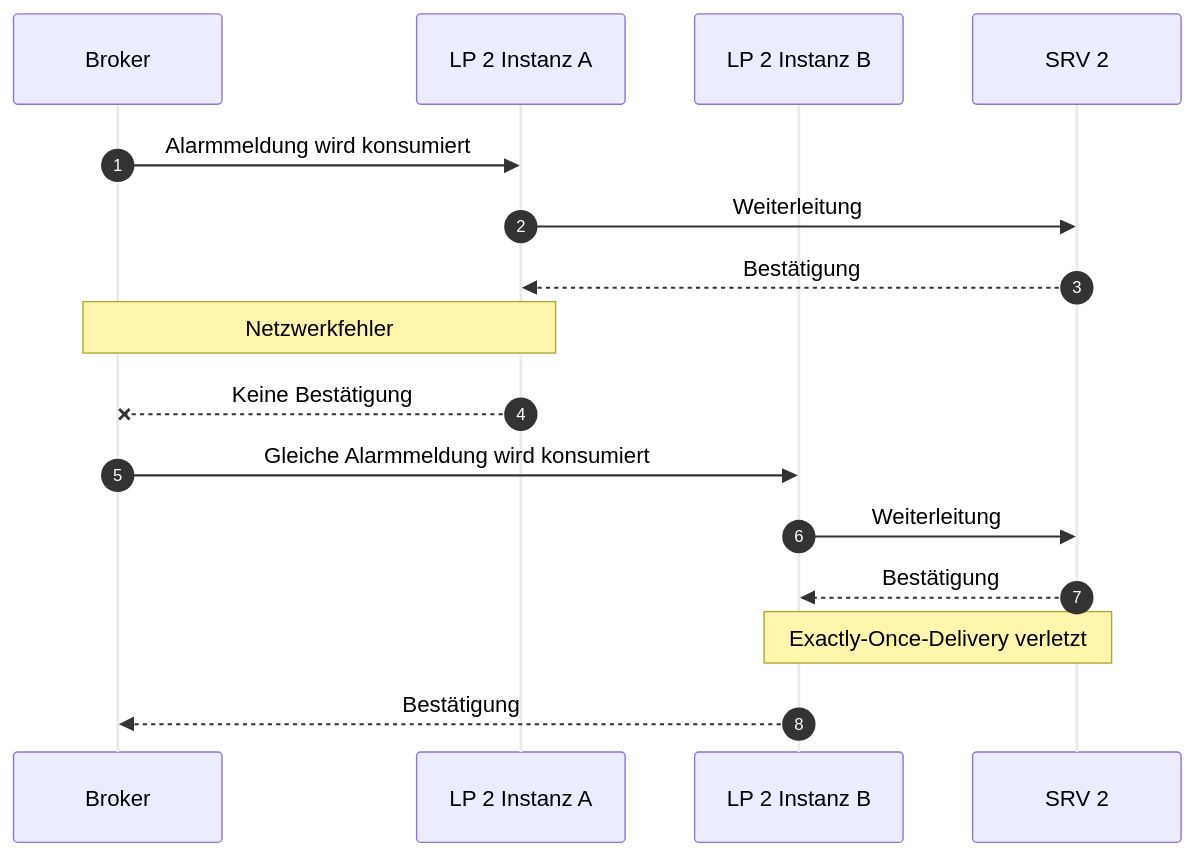
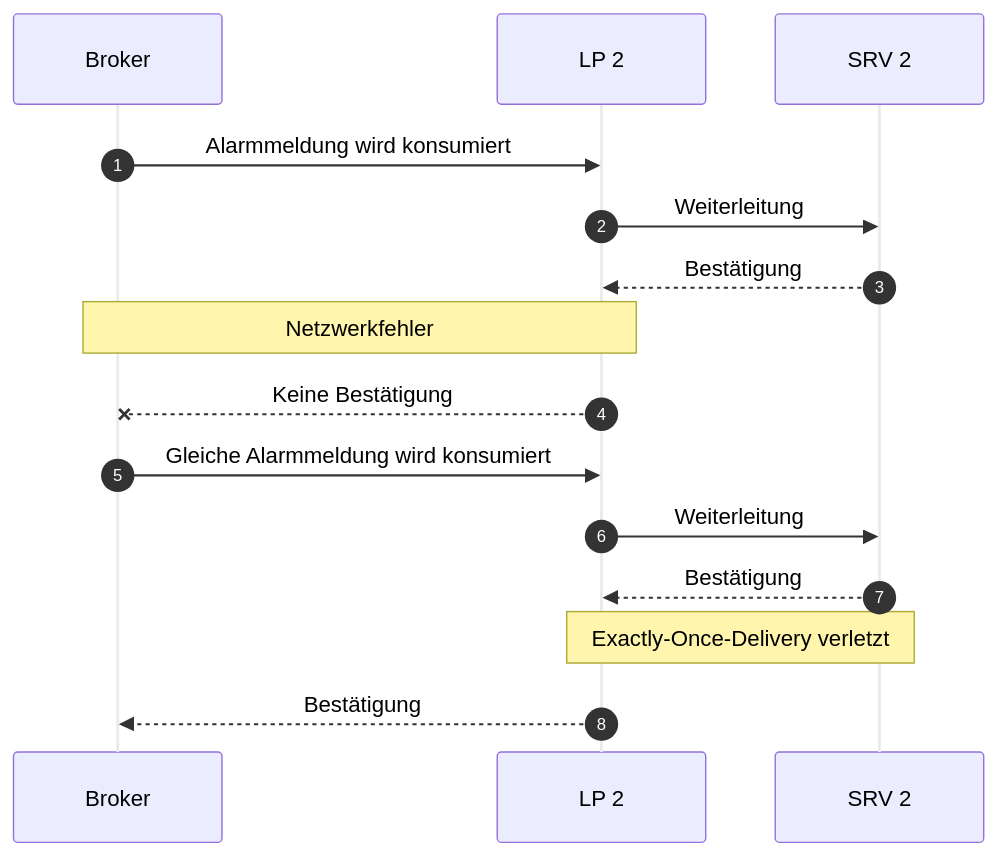
The diagram in mermaid/lps_exactly_once_delivery_violation_sequence.mmd (JadKHaddad/MT), drawn with Mermaid before and after one commit. The commit also changed 17 other files, not shown here.

Commit message:
update mermaid

```diff
--- a/mermaid/lps_exactly_once_delivery_violation_sequence.mmd
+++ b/mermaid/lps_exactly_once_delivery_violation_sequence.mmd
@@ -1,19 +1,18 @@
 %%{init: { 'themeVariables': { 'actorLineColor': '#EAEAEA', 'signalTextColor': '#000000' } } }%%
 sequenceDiagram
     autonumber
     participant B as Broker
-    participant L1 as LP 2 Instanz A
-    participant L2 as LP 2 Instanz B
+    participant L as LP 2
     participant S as SRV 2
 
-    B->>L1: Alarmmeldung wird konsumiert
-    L1->>S: Weiterleitung
-    S-->>L1: Bestätigung
-    Note over B,L1: Netzwerkfehler
-    L1--xB: Keine Bestätigung
+    B->>L: Alarmmeldung wird konsumiert
+    L->>S: Weiterleitung
+    S-->>L: Bestätigung
+    Note over B,L: Netzwerkfehler
+    L--xB: Keine Bestätigung
 
-    B->>L2: Gleiche Alarmmeldung wird konsumiert
-    L2->>S: Weiterleitung
-    S-->>L2: Bestätigung
-    Note over L2,S: Exactly-Once-Delivery verletzt
-    L2-->>B: Bestätigung
+    B->>L: Gleiche Alarmmeldung wird konsumiert
+    L->>S: Weiterleitung
+    S-->>L: Bestätigung
+    Note over L,S: Exactly-Once-Delivery verletzt
+    L-->>B: Bestätigung
```
